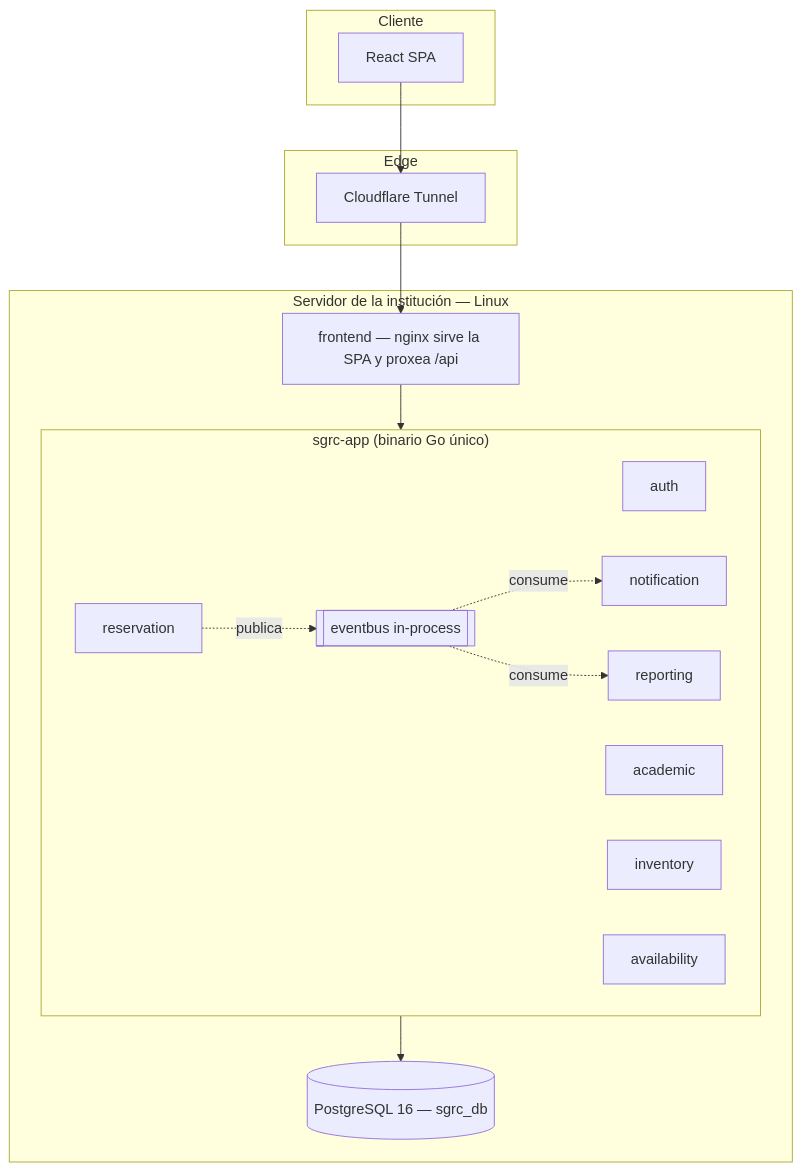
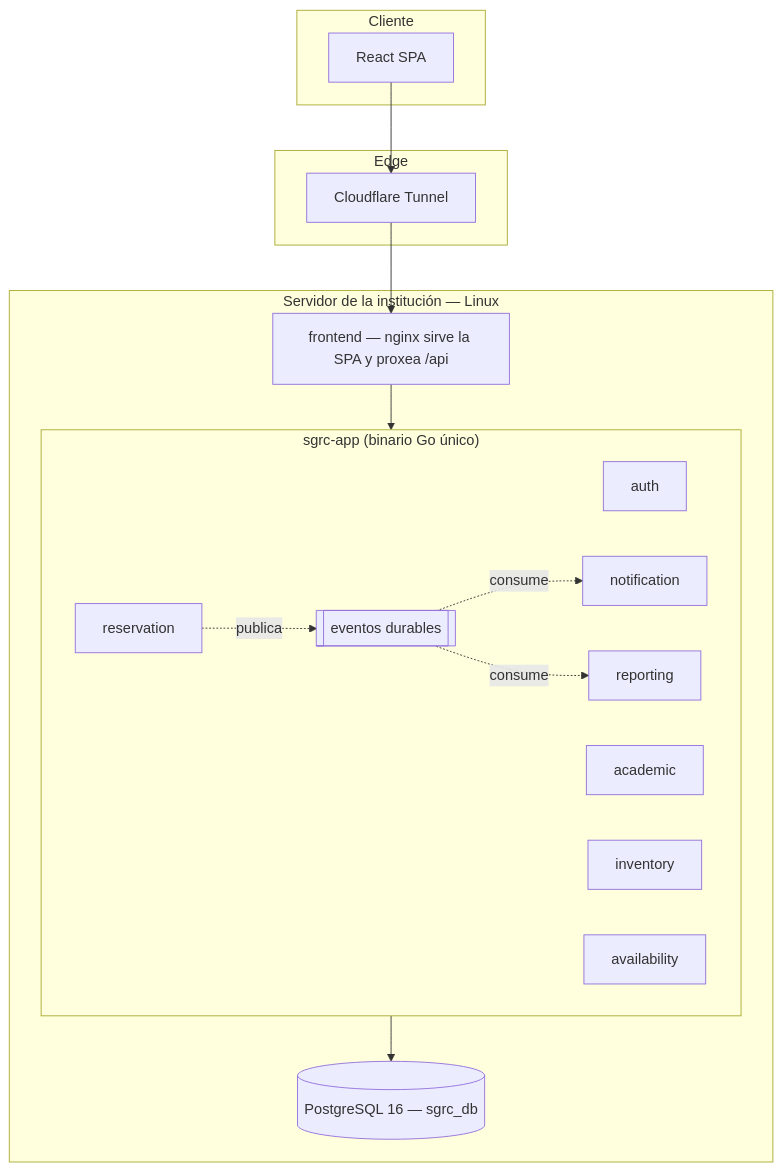
Before and after one commit to agustin-y2k/sgrc: the first of 2 diagrams in docs/06-arquitectura.md, drawn with Mermaid. The commit also changed other lines of this file and 14 other files, not shown here.

````diff
--- a/docs/06-arquitectura.md
+++ b/docs/06-arquitectura.md
@@ -236,30 +272,30 @@
 ```mermaid
 flowchart TB
     subgraph Cliente
         FE[React SPA]
     end
 
     subgraph Edge
         CF[Cloudflare Tunnel]
     end
 
     subgraph Servidor["Servidor de la institución — Linux"]
         subgraph App["sgrc-app (binario Go único)"]
             AUTH[auth]
             ACAD[academic]
             INV[inventory]
             RES[reservation]
             NOTIF[notification]
             REP[reporting]
             AVAIL[availability]
-            EB[[eventbus in-process]]
+            EB[[eventos durables]]
         end
         NGINX[frontend — nginx sirve la SPA y proxea /api]
         PG[(PostgreSQL 16 — sgrc_db)]
     end
 
     FE --> CF --> NGINX --> App
     App --> PG
     RES -.publica.-> EB
     EB -.consume.-> NOTIF & REP
 ```
````
